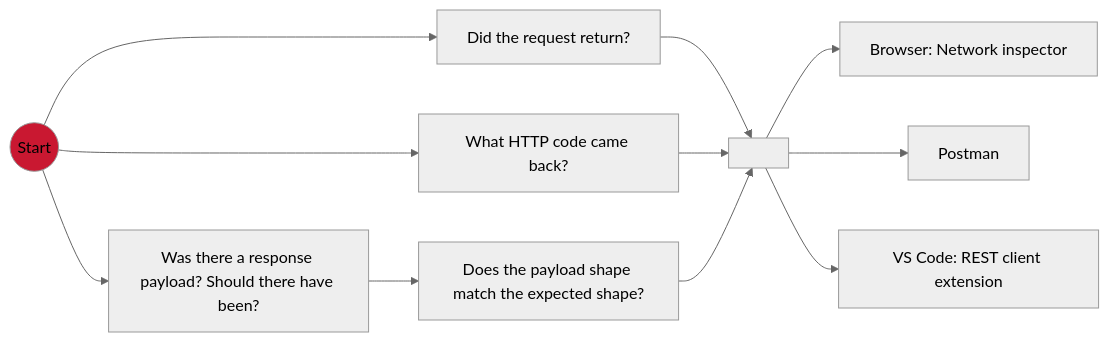
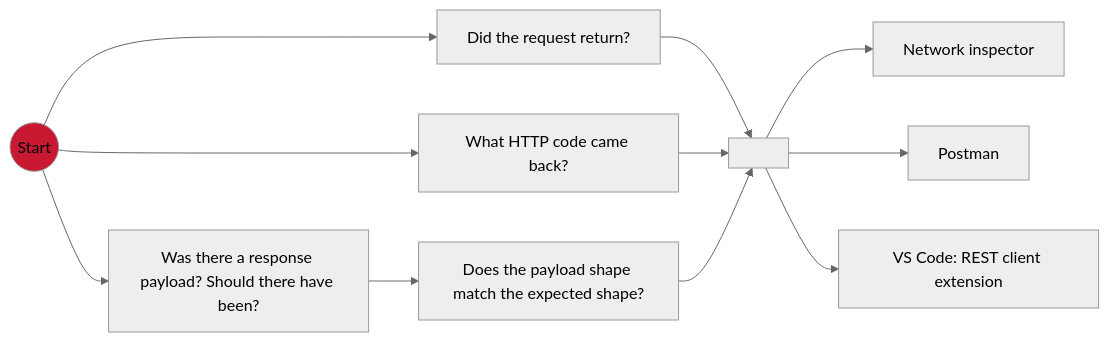
The fifth of 5 diagrams in README.md (zspitz/debuggingProcess), drawn with Mermaid (neutral theme) before and after one commit. The commit also changed other lines of this file, not shown here.

````diff
--- a/README.md
+++ b/README.md
@@ -106,10 +108,10 @@
 ```mermaid
 graph LR
 Start((Start)) --> N104[Did the request return?] & N105[What HTTP code came back?] & N106[Was there a response payload? Should there have been?]
 
 N106 --> N107[Does the payload shape match the expected shape?]
 
-N104 & N105 & N107 --> N108[ ] --> N109[Browser: Network inspector] & N110[Postman] & N111[VS Code: REST client extension]
+N104 & N105 & N107 --> N108[ ] --> N109[Network inspector] & N110[Postman] & N111[VS Code: REST client extension]
 
 style Start fill:#c91831
 ```
````
